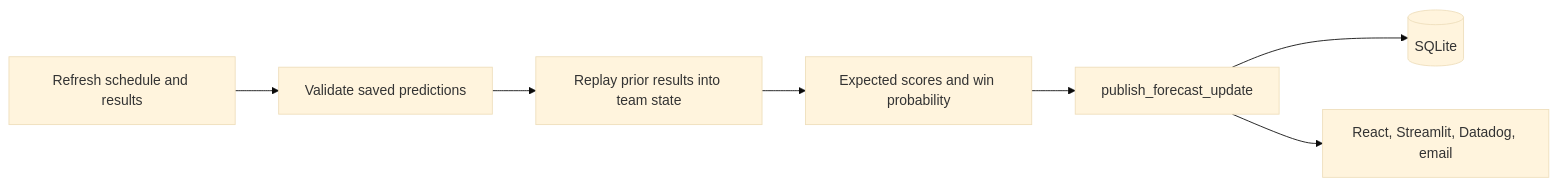
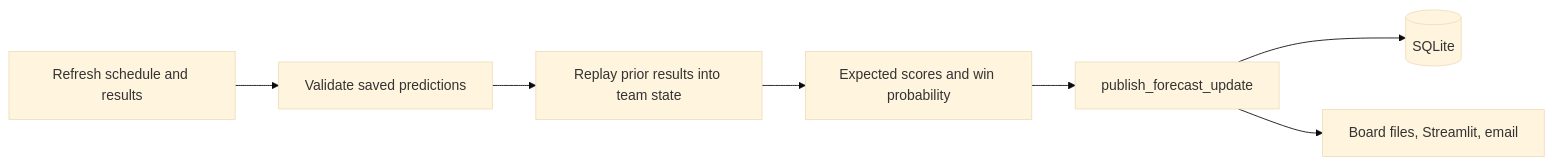
The second of 3 diagrams in README.md (bngomez98/cfb-forecast), drawn with Mermaid (base theme) before and after one commit. The commit also changed other lines of this file and 64 other files, not shown here.

````diff
--- a/README.md
+++ b/README.md
@@ -54,9 +38,9 @@
 ```mermaid
 flowchart LR
   refresh[Refresh schedule and results] --> validate[Validate saved predictions]
   validate --> features[Replay prior results into team state]
   features --> scores[Expected scores and win probability]
   scores --> publish[publish_forecast_update]
   publish --> sqlite[(SQLite)]
-  publish --> apps[React, Streamlit, Datadog, email]
+  publish --> apps[Board files, Streamlit, email]
 ```
````
